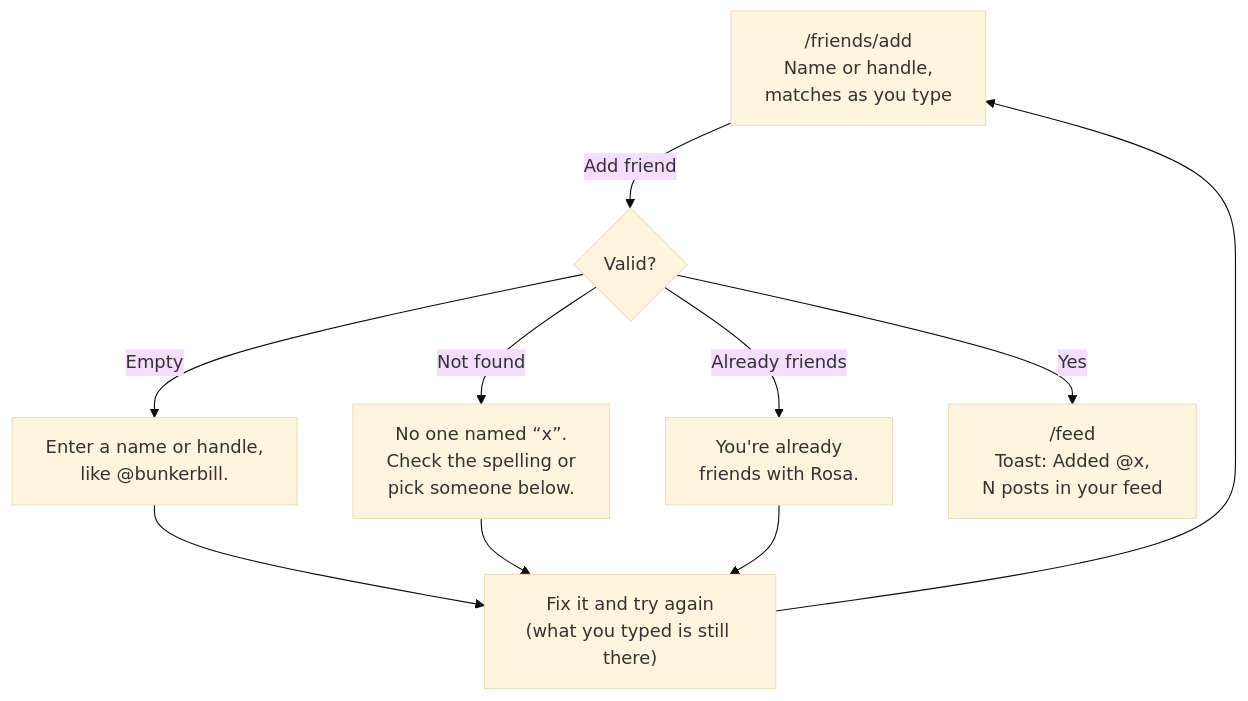
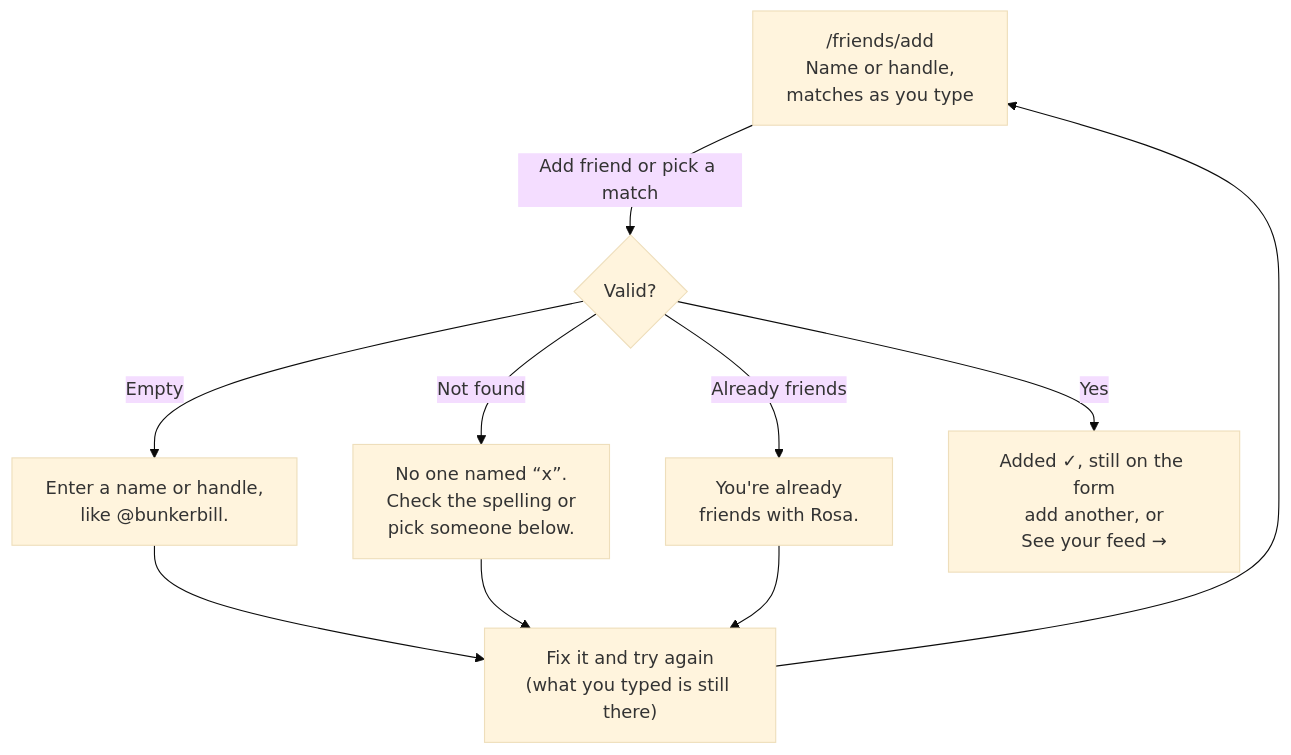
The second of 3 diagrams in README.md (kenpiech/kinnect), drawn with Mermaid (base theme) before and after one commit. The commit also changed 2 other files, not shown here.

Commit message:
Add friends in one step and stay on the form
First-run fix. Picking a type-ahead match adds that person right away.
The form no longer jumps to the feed after each add: the field clears,
keeps focus, and a running 'Added' list links to the feed.

````diff
--- a/README.md
+++ b/README.md
@@ -42,10 +42,10 @@
 ```mermaid
 flowchart TD
-    A["/friends/add<br/>Name or handle,<br/>matches as you type"] -->|Add friend| V{Valid?}
+    A["/friends/add<br/>Name or handle,<br/>matches as you type"] -->|Add friend or pick a match| V{Valid?}
     V -->|Empty| E1["Enter a name or handle,<br/>like @bunkerbill."]
     V -->|Not found| E2["No one named “x”.<br/>Check the spelling or<br/>pick someone below."]
     V -->|Already friends| E3["You're already<br/>friends with Rosa."]
     E1 & E2 & E3 --> FIX["Fix it and try again<br/>(what you typed is still there)"]
     FIX --> A
-    V -->|Yes| OK["/feed<br/>Toast: Added @x,<br/>N posts in your feed"]
+    V -->|Yes| OK["Added ✓, still on the form<br/>add another, or<br/>See your feed →"]
 ```
````
